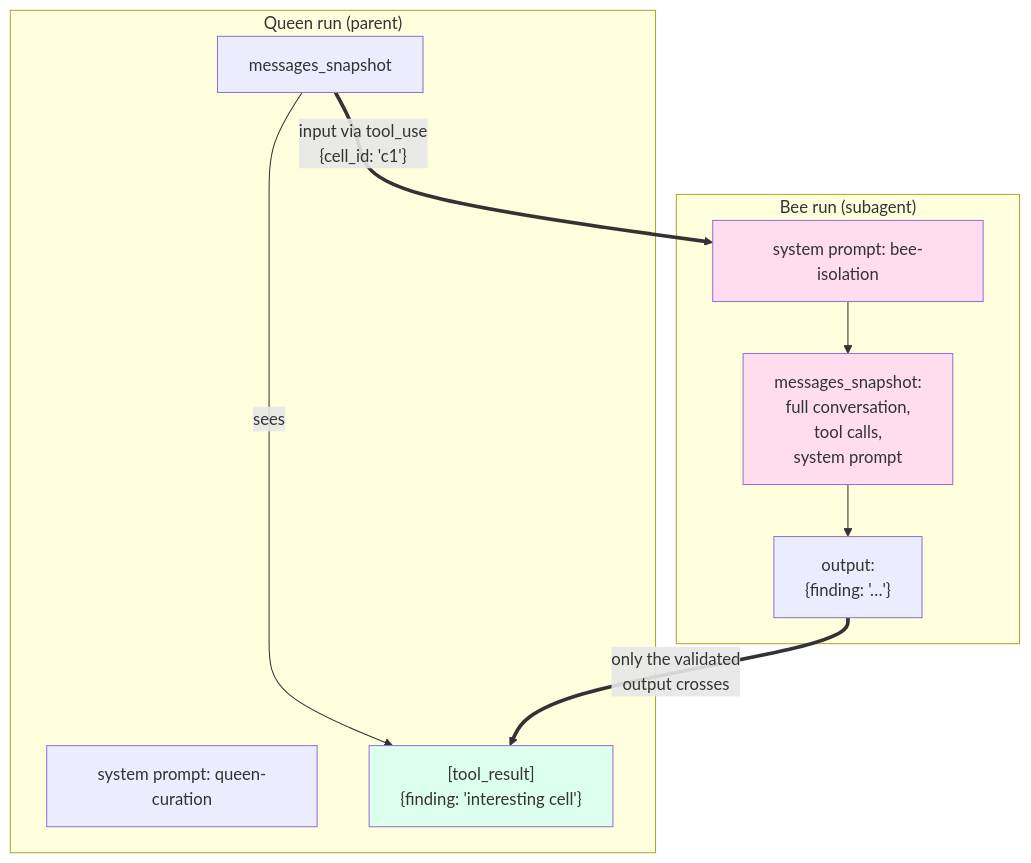
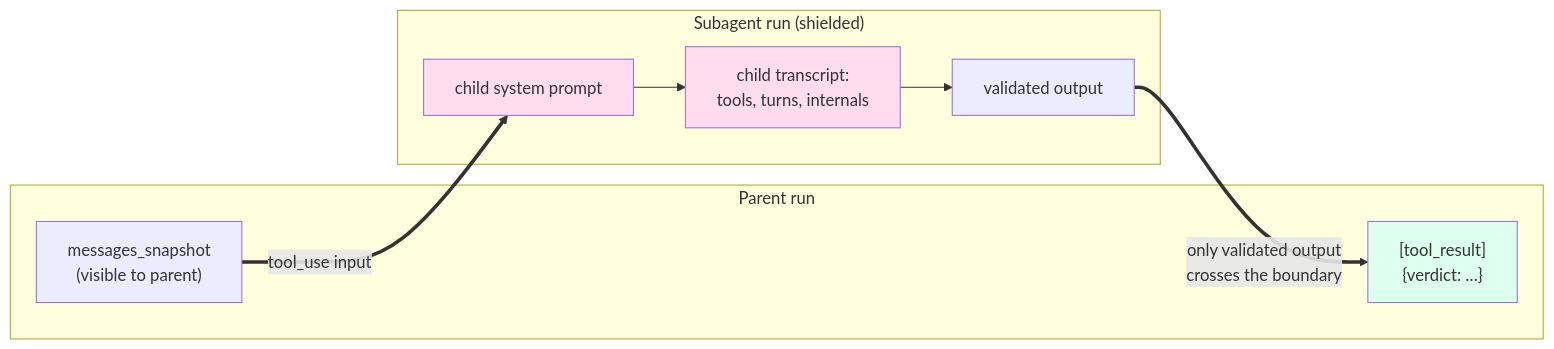
One commit to visterion/vistierie changed the diagram in README.md. Above: the diagram before and after it, drawn with Mermaid. The commit also changed other lines of this file and 4 other files, not shown here.

````diff
--- a/README.md
+++ b/README.md
@@ -130,23 +129,21 @@
 ```mermaid
-flowchart TB
-    subgraph Parent["Queen run (parent)"]
-        Qsys[system prompt: queen-curation]
-        Qmsg[messages_snapshot]
-        Qmsg -->|sees| Qresult["[tool_result]<br/>{finding: 'interesting cell'}"]
+flowchart LR
+    subgraph Parent["Parent run"]
+        Pmsg["messages_snapshot<br/>(visible to parent)"]
+        Pres["[tool_result]<br/>{verdict: …}"]
     end
 
-    subgraph Child["Bee run (subagent)"]
-        Bsys[system prompt: bee-isolation]
-        Bmsg[messages_snapshot:<br/>full conversation,<br/>tool calls,<br/>system prompt]
-        Bout["output:<br/>{finding: '…'}"]
+    subgraph Child["Subagent run (shielded)"]
+        Csys[child system prompt]
+        Cmsg[child transcript:<br/>tools, turns, internals]
+        Cout[validated output]
     end
 
-    Qmsg ==>|"input via tool_use<br/>{cell_id: 'c1'}"| Bsys
-    Bsys --> Bmsg
-    Bmsg --> Bout
-    Bout ==>|only the validated<br/>output crosses| Qresult
+    Pmsg ==>|"tool_use input"| Csys
+    Csys --> Cmsg --> Cout
+    Cout ==>|"only validated output<br/>crosses the boundary"| Pres
 
-    style Bsys fill:#fde
-    style Bmsg fill:#fde
-    style Qresult fill:#dfe
+    style Csys fill:#fde
+    style Cmsg fill:#fde
+    style Pres fill:#dfe
 ```
````
